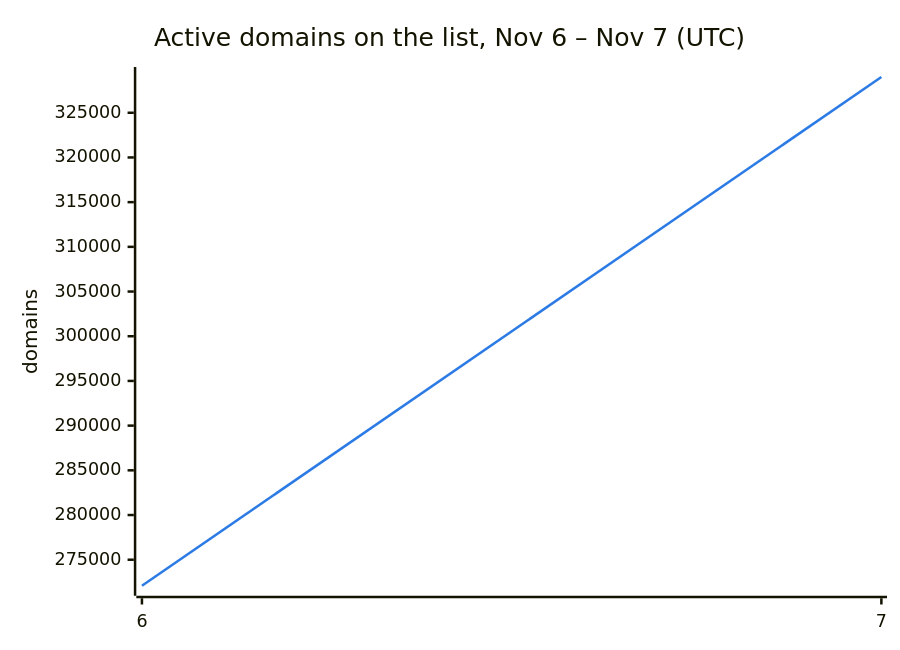
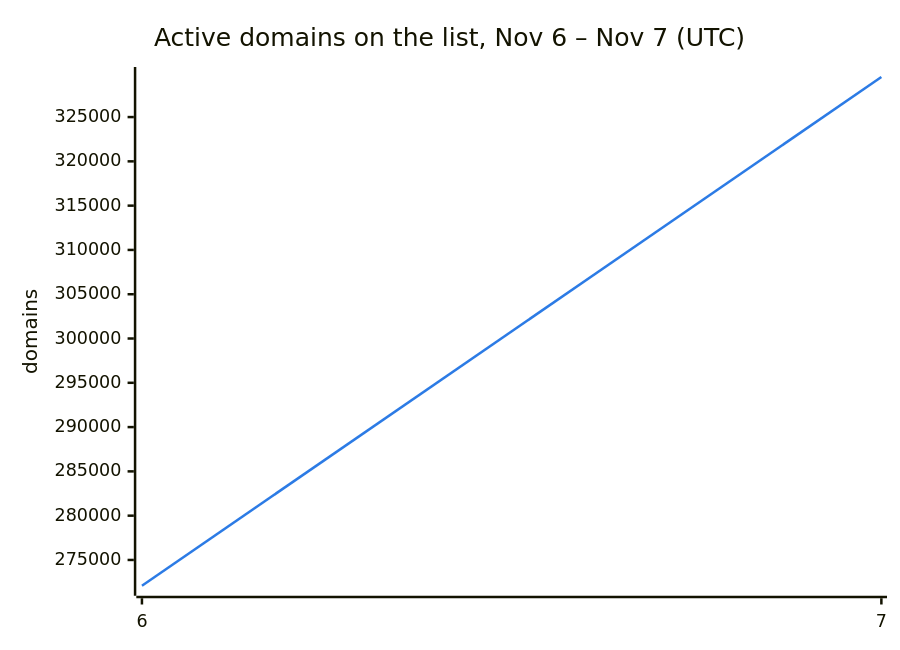
Before and after one commit to DNSBunker/CTI: the second of 3 diagrams in README.md, drawn with Mermaid. The commit also changed other lines of this file and 3 other files, not shown here.

````diff
--- a/README.md
+++ b/README.md
@@ -38,8 +38,8 @@
 ```mermaid
 %%{init: {"themeVariables": {"xyChart": {"plotColorPalette": "#2c7be5"}}}}%%
 xychart-beta
     title "Active domains on the list, Nov 6 – Nov 7 (UTC)"
     x-axis ["6", "7"]
     y-axis "domains"
-    line [272088, 329000]
+    line [272088, 329523]
 ```
````
